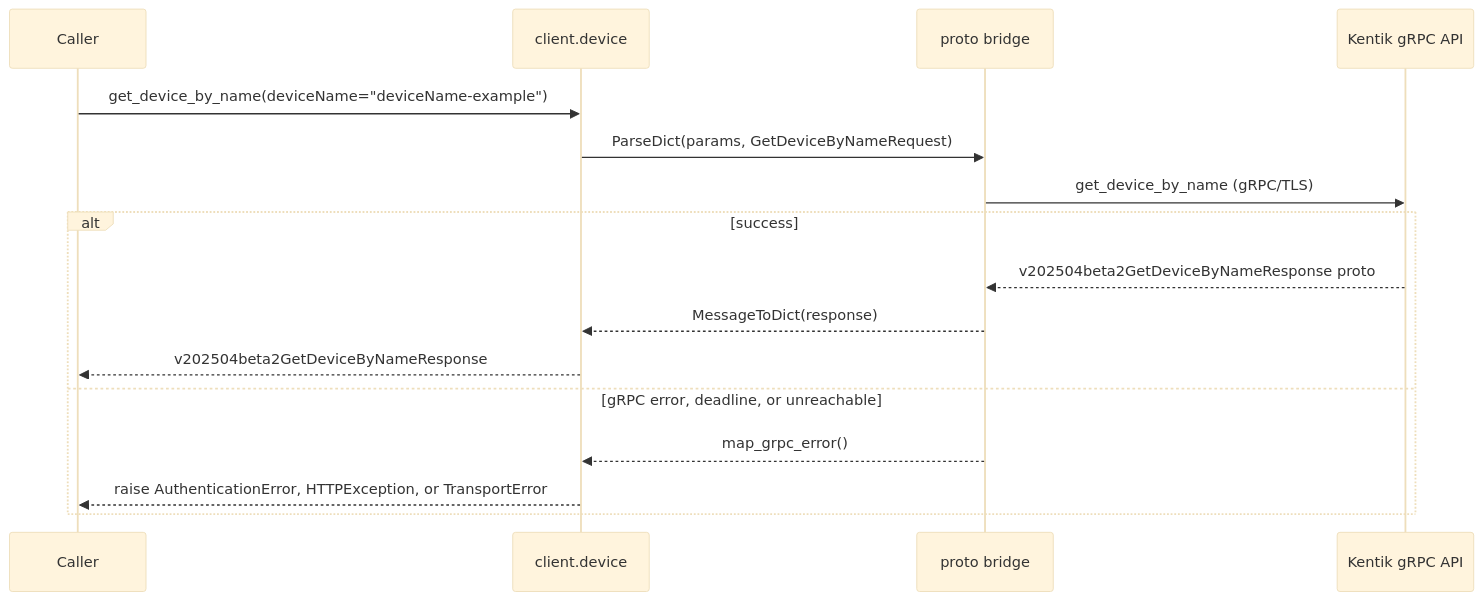
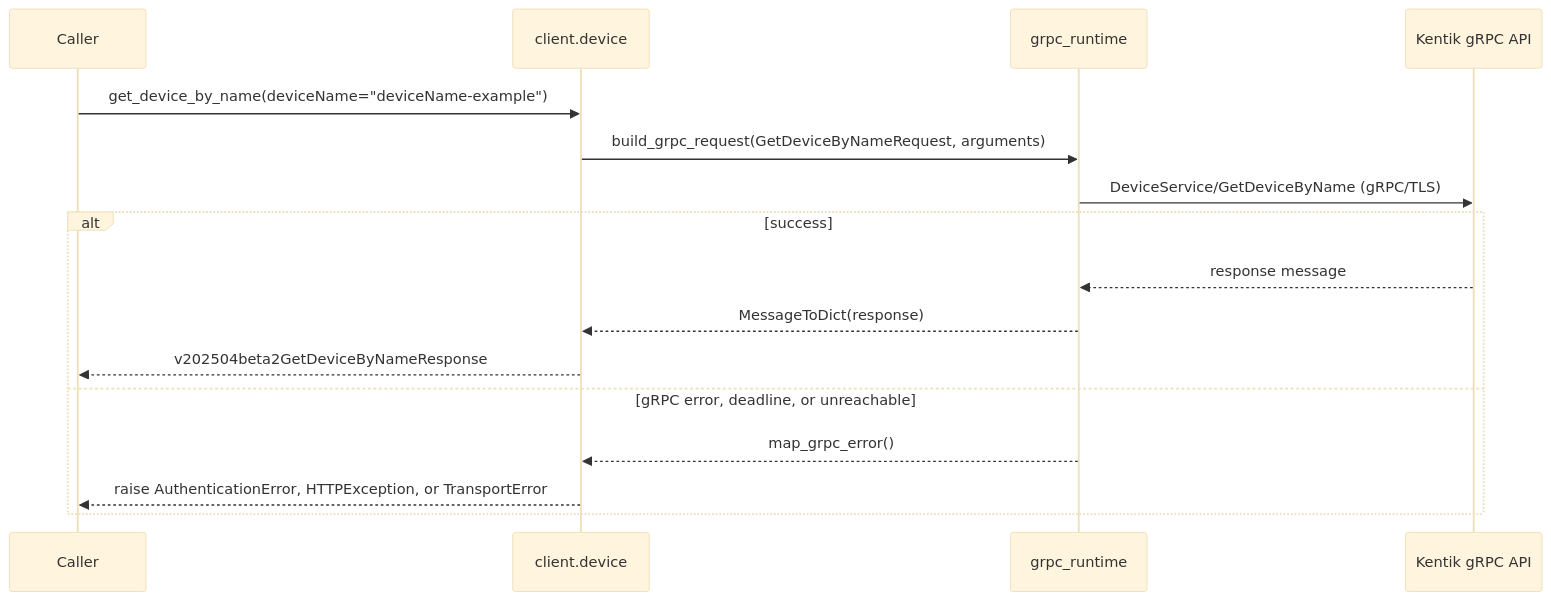
One commit to alexdearaujo/community_sdk_python changed diagram 13 of 22 in docs/sphinx/services/device.md. Above: the diagram before and after it, drawn with Mermaid (base theme). The commit also changed other lines of this file and 37 other files, not shown here.

First line of the commit message:
docs: show the real RPC in each service page's gRPC diagram

````diff
--- a/docs/sphinx/services/device.md
+++ b/docs/sphinx/services/device.md
@@ -438,19 +438,19 @@
 ```mermaid
 sequenceDiagram
     participant C as Caller
     participant W as client.device
-    participant B as proto bridge
+    participant R as grpc_runtime
     participant API as Kentik gRPC API
 
     C->>W: get_device_by_name(deviceName="deviceName-example")
-    W->>B: ParseDict(params, GetDeviceByNameRequest)
-    B->>API: get_device_by_name (gRPC/TLS)
+    W->>R: build_grpc_request(GetDeviceByNameRequest, arguments)
+    R->>API: DeviceService/GetDeviceByName (gRPC/TLS)
     alt success
-        API-->>B: v202504beta2GetDeviceByNameResponse proto
-        B-->>W: MessageToDict(response)
+        API-->>R: response message
+        R-->>W: MessageToDict(response)
         W-->>C: v202504beta2GetDeviceByNameResponse
     else gRPC error, deadline, or unreachable
-        B-->>W: map_grpc_error()
+        R-->>W: map_grpc_error()
         W-->>C: raise AuthenticationError, HTTPException, or TransportError
     end
 ```
````
